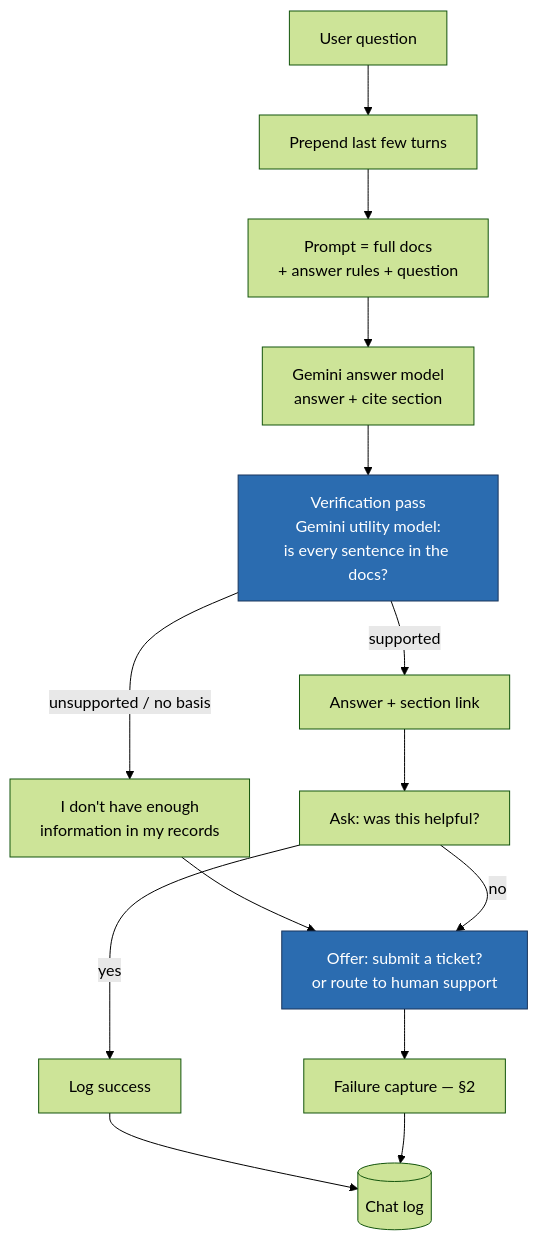
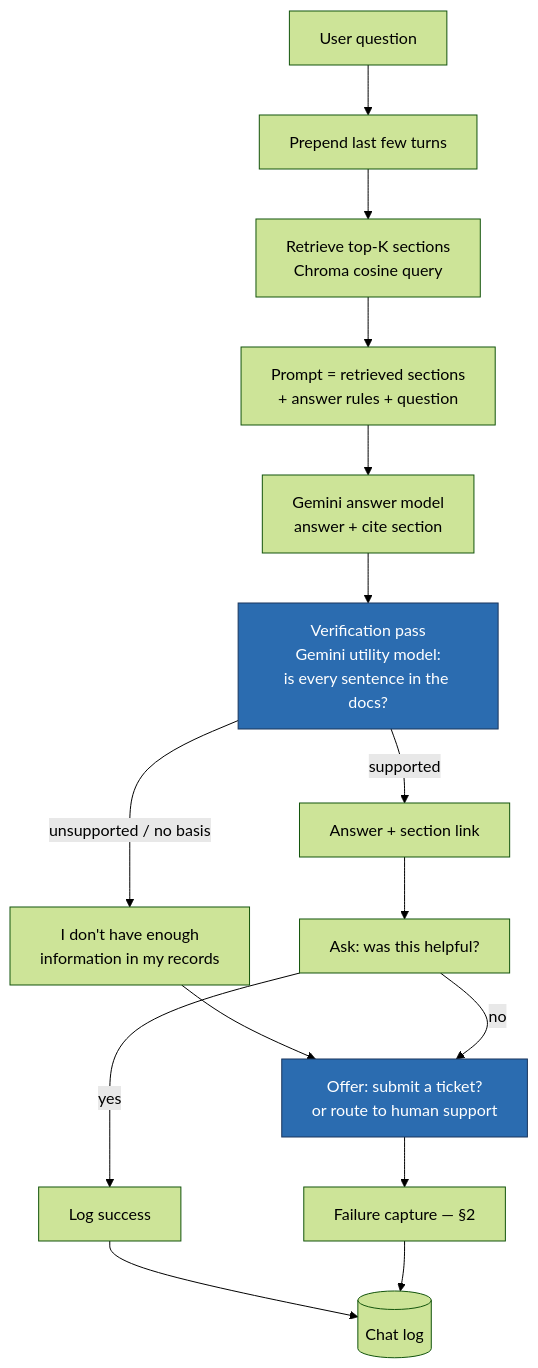
One commit to troymerales/sugbo-chatbot changed the fourth of 12 diagrams in docs/SugboDoc-Chatbot-Flowchart.md. Above: the diagram before and after it, drawn with Mermaid (forest theme). The commit also changed other lines of this file and 6 other files, not shown here.

````diff
--- a/docs/SugboDoc-Chatbot-Flowchart.md
+++ b/docs/SugboDoc-Chatbot-Flowchart.md
@@ -78,19 +120,20 @@
 ```mermaid
 flowchart TD
     U[User question] --> H[Prepend last few turns]
-    H --> P[Prompt = full docs<br/>+ answer rules + question]
+    H --> R[Retrieve top-K sections<br/>Chroma cosine query]
+    R --> P[Prompt = retrieved sections<br/>+ answer rules + question]
     P --> GEN[Gemini answer model<br/>answer + cite section]
     GEN --> VER[Verification pass<br/>Gemini utility model:<br/>is every sentence in the docs?]
     VER -->|supported| ANS[Answer + section link]
     VER -->|unsupported / no basis| REFUSE["I don't have enough<br/>information in my records"]
     ANS --> FB[Ask: was this helpful?]
     REFUSE --> OFFER[Offer: submit a ticket?<br/>or route to human support]
     FB -->|no| OFFER
     FB -->|yes| DONE[Log success]
     OFFER --> CAP[Failure capture — §2]
     DONE --> LOG[(Chat log)]
     CAP --> LOG
 
     style VER fill:#2b6cb0,stroke:#1a365d,color:#fff
     style OFFER fill:#2b6cb0,stroke:#1a365d,color:#fff
 ```
````
